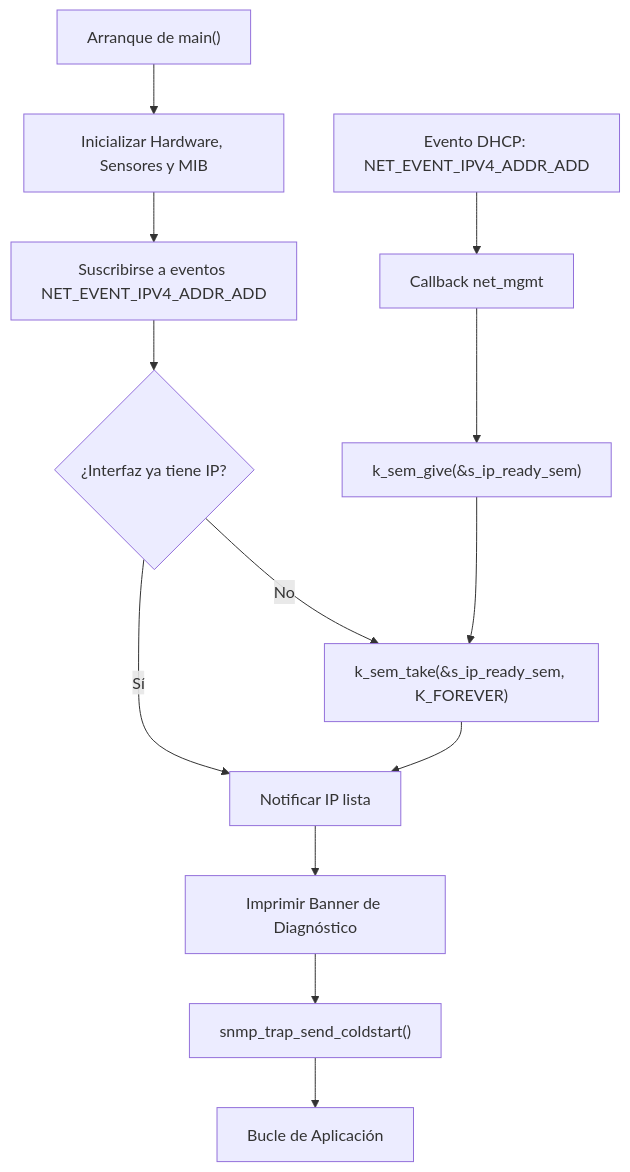
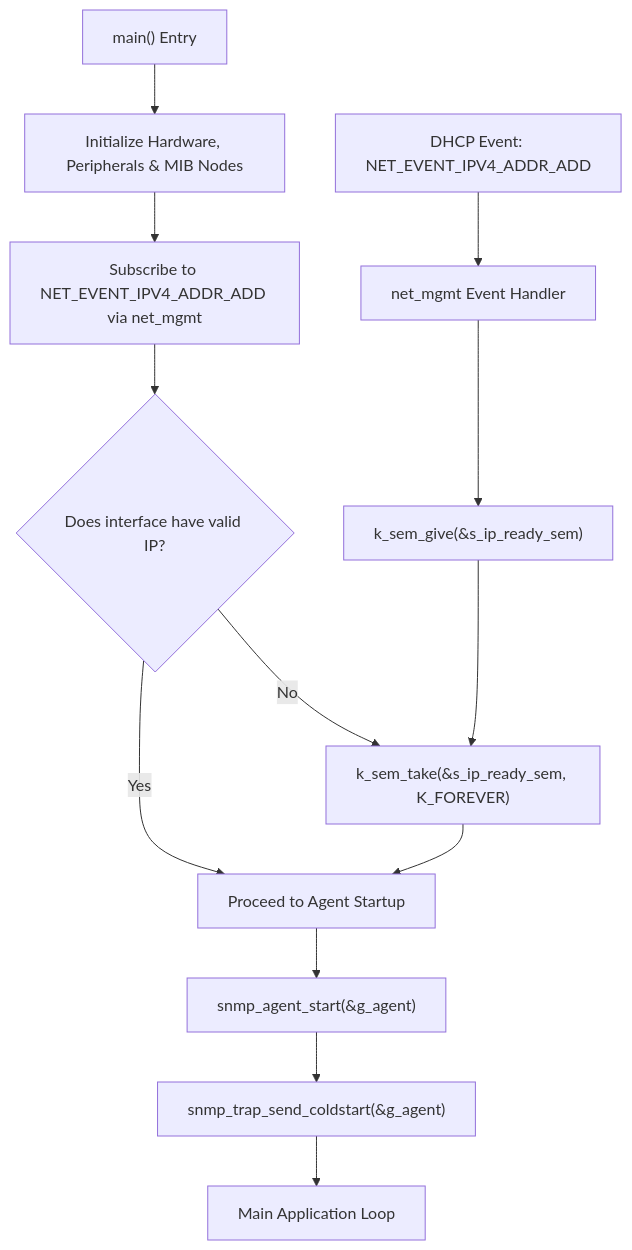
The second of 2 diagrams in docs/wiki/Hardware-and-Network-Integration.md (dowhile98/zephyr-snmp), drawn with Mermaid before and after one commit. The commit also changed other lines of this file and 6 other files, not shown here.

Commit message:
docs(wiki): translate and realign wiki documentation with current architecture

````diff
--- a/docs/wiki/Hardware-and-Network-Integration.md
+++ b/docs/wiki/Hardware-and-Network-Integration.md
@@ -141,17 +181,17 @@
 ```mermaid
 flowchart TD
-    Start["Arranque de main()"] --> InitModules["Inicializar Hardware, Sensores y MIB"]
-    InitModules --> SubNet["Suscribirse a eventos NET_EVENT_IPV4_ADDR_ADD"]
-    SubNet --> CheckIP{"¿Interfaz ya tiene IP?"}
-    CheckIP -- Sí --> Ready["Notificar IP lista"]
+    Start["main() Entry"] --> InitHW["Initialize Hardware, Peripherals & MIB Nodes"]
+    InitHW --> SubNet["Subscribe to NET_EVENT_IPV4_ADDR_ADD via net_mgmt"]
+    SubNet --> CheckIP{"Does interface have valid IP?"}
+    CheckIP -- Yes --> Ready["Proceed to Agent Startup"]
     CheckIP -- No --> WaitSem["k_sem_take(&s_ip_ready_sem, K_FOREVER)"]
-    
-    Event["Evento DHCP: NET_EVENT_IPV4_ADDR_ADD"] --> Handler["Callback net_mgmt"]
-    Handler --> GiveSem["k_sem_give(&s_ip_ready_sem)"]
+
+    DHCPEvent["DHCP Event: NET_EVENT_IPV4_ADDR_ADD"] --> MgmtHandler["net_mgmt Event Handler"]
+    MgmtHandler --> GiveSem["k_sem_give(&s_ip_ready_sem)"]
     GiveSem --> WaitSem
-    
+
     WaitSem --> Ready
-    Ready --> PrintBanner["Imprimir Banner de Diagnóstico"]
-    PrintBanner --> SendColdStart["snmp_trap_send_coldstart()"]
-    SendColdStart --> MainLoop["Bucle de Aplicación"]
+    Ready --> StartAgent["snmp_agent_start(&g_agent)"]
+    StartAgent --> SendColdStart["snmp_trap_send_coldstart(&g_agent)"]
+    SendColdStart --> AppLoop["Main Application Loop"]
 ```
````
